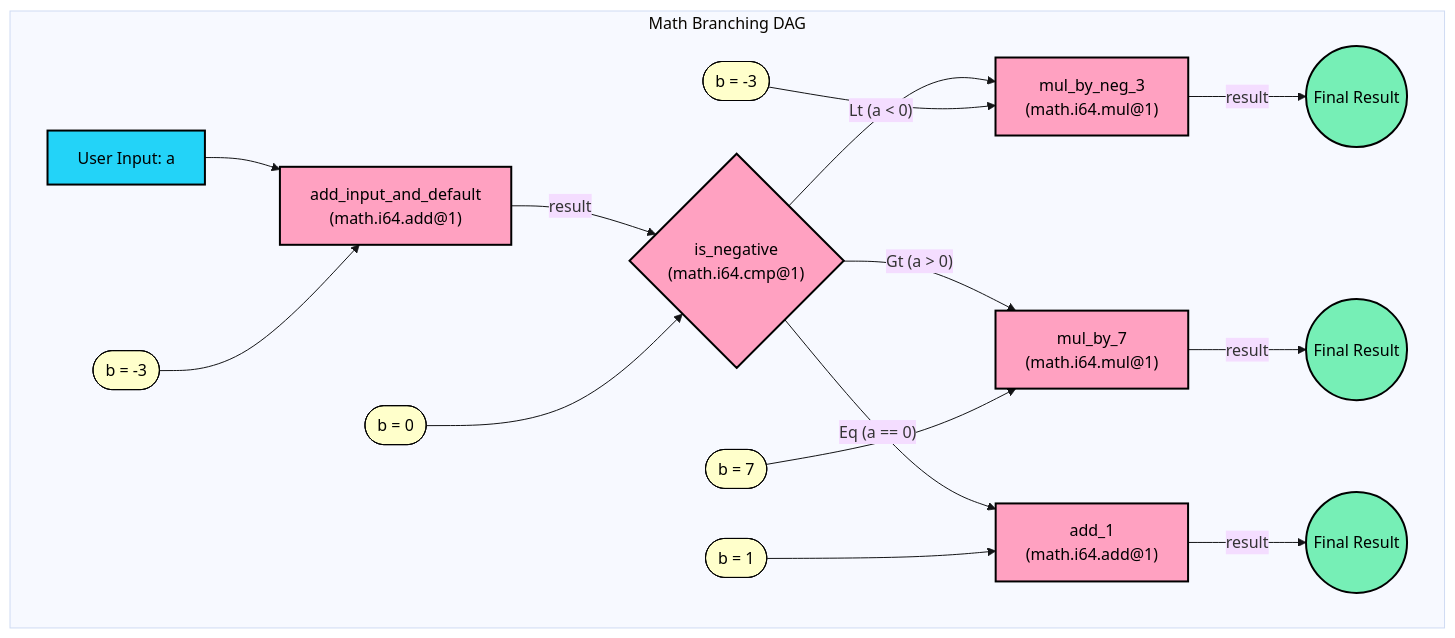
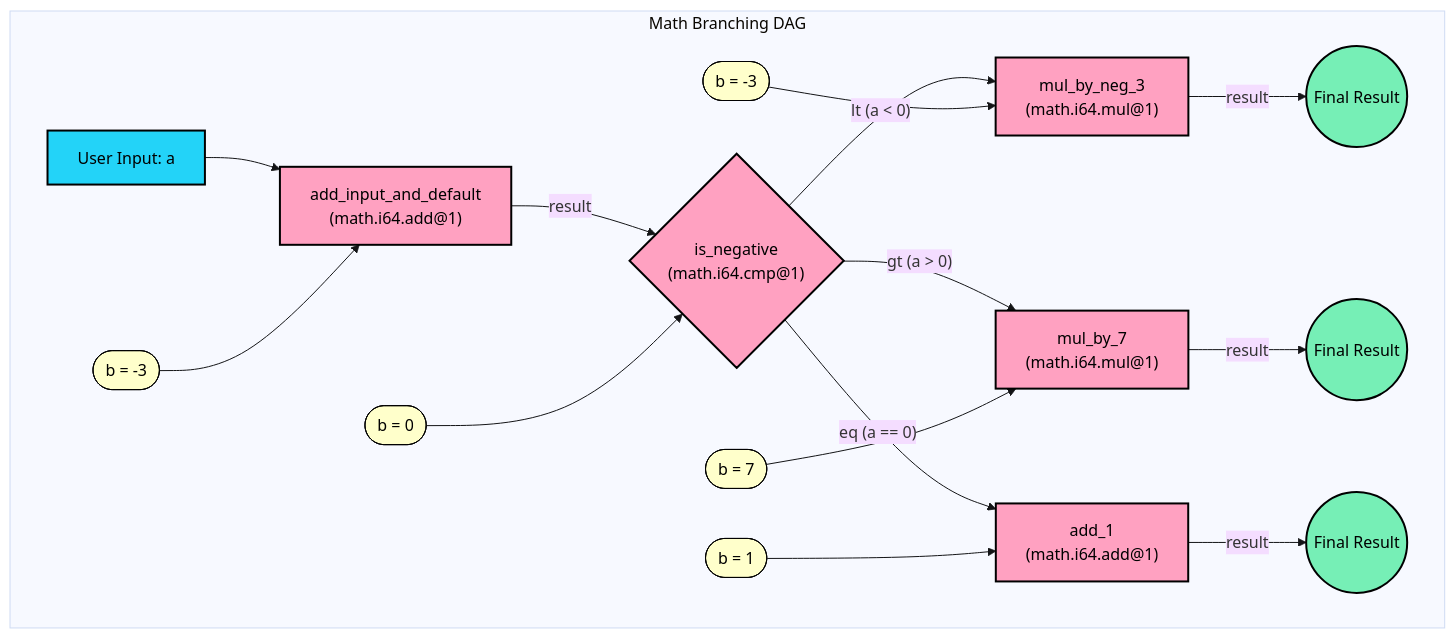
One commit to Talus-Network/nexus-sdk changed the diagram in docs/guides/math-branching-dag-builder.md. Above: the diagram before and after it, drawn with Mermaid. The commit also changed other lines of this file, not shown here.

Commit message:
cmp tool output variant casing

````diff
--- a/docs/guides/math-branching-dag-builder.md
+++ b/docs/guides/math-branching-dag-builder.md
@@ -19,33 +19,33 @@
 ```mermaid
 %%{init: {'theme': 'base', 'themeVariables': { 'background': '#ECEBE9' }}}%%
 graph TD
     subgraph "Math Branching DAG"
         Input[User Input: a] --> A["add_input_and_default<br>(math.i64.add@1)"];
         Def1([b = -3]) --> A;
         A -- "result" --> B{"is_negative<br>(math.i64.cmp@1)"};
         Def2([b = 0]) --> B;
         
-        B -- "Lt (a < 0)" --> C["mul_by_neg_3<br>(math.i64.mul@1)"];
+        B -- "lt (a < 0)" --> C["mul_by_neg_3<br>(math.i64.mul@1)"];
         Def3([b = -3]) --> C;
         
-        B -- "Gt (a > 0)" --> D["mul_by_7<br>(math.i64.mul@1)"];
+        B -- "gt (a > 0)" --> D["mul_by_7<br>(math.i64.mul@1)"];
         Def4([b = 7]) --> D;
         
-        B -- "Eq (a == 0)" --> E["add_1<br>(math.i64.add@1)"];
+        B -- "eq (a == 0)" --> E["add_1<br>(math.i64.add@1)"];
         Def5([b = 1]) --> E;
         
         C -- "result" --> Result1((Final Result));
         D -- "result" --> Result2((Final Result));
         E -- "result" --> Result3((Final Result));
     end
 
     classDef tool fill:#FFA1C1,stroke:#000000,stroke-width:2px,color:#000000;
     classDef input fill:#23D3F8,stroke:#000000,stroke-width:2px,color:#000000;
     classDef output fill:#76EFB6,stroke:#000000,stroke-width:2px,color:#000000;
     classDef default fill:#FFFFCB,stroke:#000000,stroke-width:1px 5,color:#000000;
     
     class A,C,D,E,B tool;
     class Result1,Result2,Result3 output;
     class Input input;
     class Def1,Def2,Def3,Def4,Def5 default;
 ```
````
